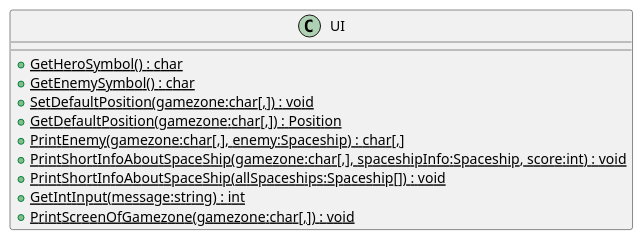
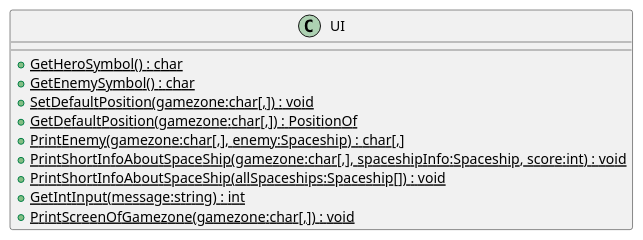
One commit to 19vano97/levelUpOOP changed the diagram in plantuml/Galaga/UI.puml. Above: the diagram before and after it, drawn with PlantUML. The commit also changed 30 other files, not shown here.

Commit message:
fix galaga to fraw a class diagram

```diff
--- a/plantuml/Galaga/UI.puml
+++ b/plantuml/Galaga/UI.puml
@@ -1,13 +1,13 @@
 @startuml
 class UI {
     + {static} GetHeroSymbol() : char
     + {static} GetEnemySymbol() : char
     + {static} SetDefaultPosition(gamezone:char[,]) : void
-    + {static} GetDefaultPosition(gamezone:char[,]) : Position
+    + {static} GetDefaultPosition(gamezone:char[,]) : PositionOf
     + {static} PrintEnemy(gamezone:char[,], enemy:Spaceship) : char[,]
     + {static} PrintShortInfoAboutSpaceShip(gamezone:char[,], spaceshipInfo:Spaceship, score:int) : void
     + {static} PrintShortInfoAboutSpaceShip(allSpaceships:Spaceship[]) : void
     + {static} GetIntInput(message:string) : int
     + {static} PrintScreenOfGamezone(gamezone:char[,]) : void
 }
 @enduml
```
